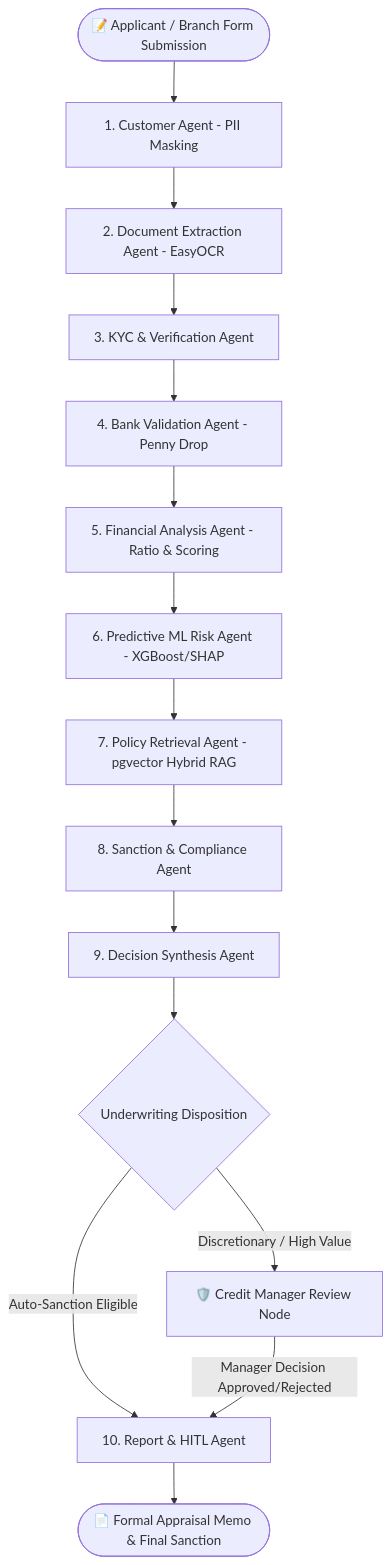
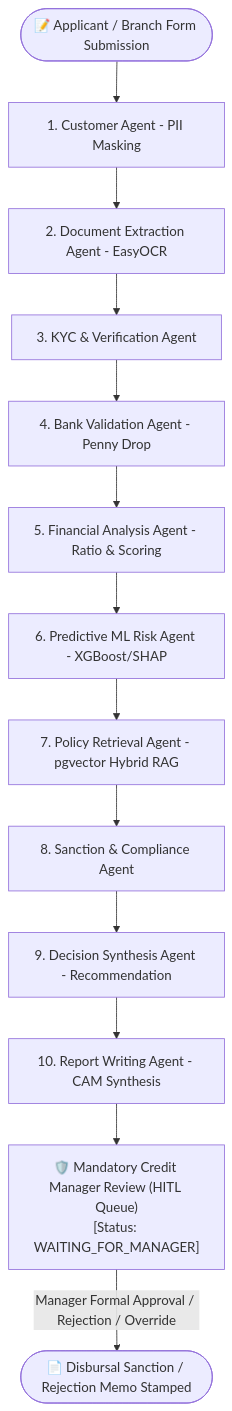
One commit to sai-kira/Intelligent-Loan-Appraisal-System changed the diagram in README.md. Above: the diagram before and after it, drawn with Mermaid. The commit also changed 1 other file, not shown here.

Commit message:
docs: Remove auto-sanction references and clarify mandatory Credit Manager HITL review

````diff
--- a/README.md
+++ b/README.md
@@ -85,19 +85,16 @@
 ```mermaid
 graph TD
     A([📝 Applicant / Branch Form Submission]) --> B[1. Customer Agent - PII Masking]
     B --> C[2. Document Extraction Agent - EasyOCR]
     C --> D[3. KYC & Verification Agent]
     D --> E[4. Bank Validation Agent - Penny Drop]
     E --> F[5. Financial Analysis Agent - Ratio & Scoring]
     F --> G[6. Predictive ML Risk Agent - XGBoost/SHAP]
     G --> H[7. Policy Retrieval Agent - pgvector Hybrid RAG]
     H --> I[8. Sanction & Compliance Agent]
-    I --> J[9. Decision Synthesis Agent]
+    I --> J[9. Decision Synthesis Agent - Recommendation]
+    J --> K[10. Report Writing Agent - CAM Synthesis]
     
-    J --> K{Underwriting Disposition}
-    K -- Auto-Sanction Eligible --> L[10. Report & HITL Agent]
-    K -- Discretionary / High Value --> M[🛡️ Credit Manager Review Node]
-    M -- Manager Decision Approved/Rejected --> L
-    
-    L --> N([📄 Formal Appraisal Memo & Final Sanction])
+    K --> L["🛡️ Mandatory Credit Manager Review (HITL Queue)\n[Status: WAITING_FOR_MANAGER]"]
+    L -->|Manager Formal Approval / Rejection / Override| M([📄 Disbursal Sanction / Rejection Memo Stamped])
 ```
````
